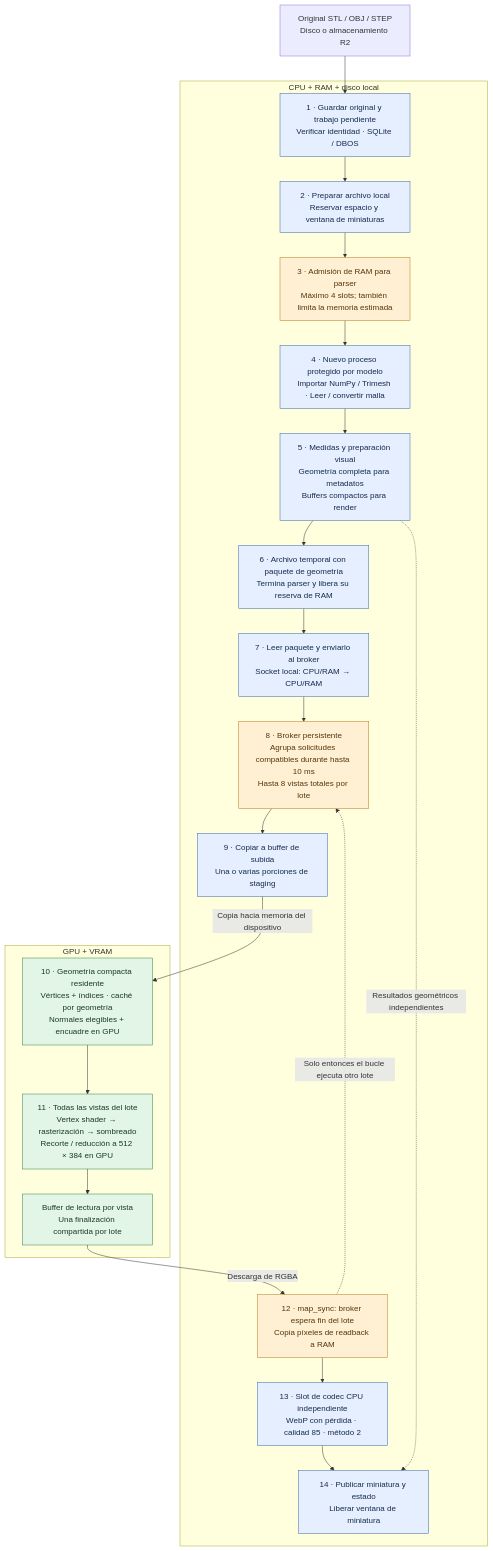
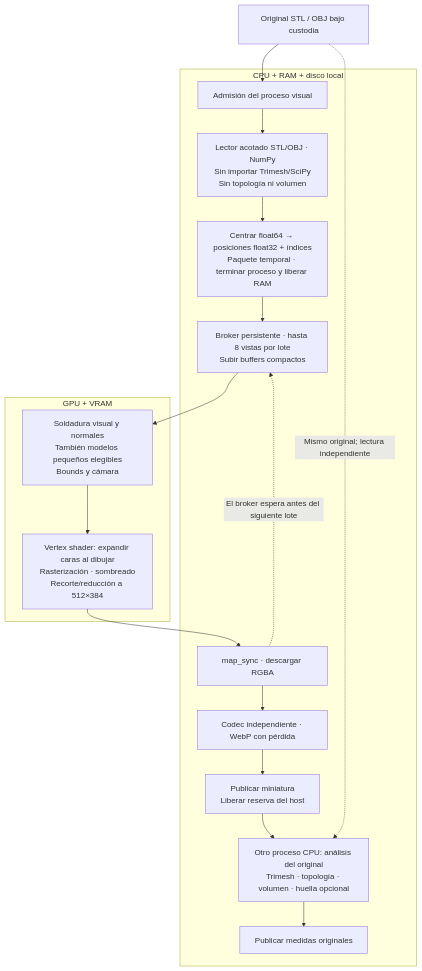
Before and after one commit to xiao-villamor/PrintStash: the first of 2 diagrams in docs/testing/compute-pipeline-explained.es.md, drawn with Mermaid. The commit also changed other lines of this file and 2 other files, not shown here.

Commit message:
Record independent preview paths and measured 250-model regression

````diff
--- a/docs/testing/compute-pipeline-explained.es.md
+++ b/docs/testing/compute-pipeline-explained.es.md
@@ -11,36 +11,23 @@
 ```mermaid
 flowchart TD
-    source["Original STL / OBJ / STEP<br/>Disco o almacenamiento R2"]
+    source["Original STL / OBJ bajo custodia"]
     subgraph host["CPU + RAM + disco local"]
-        ingest["1 · Guardar original y trabajo pendiente<br/>Verificar identidad · SQLite / DBOS"]
-        custody["2 · Preparar archivo local<br/>Reservar espacio y ventana de miniaturas"]
-        admit["3 · Admisión de RAM para parser<br/>Máximo 4 slots; también limita la memoria estimada"]
-        parser["4 · Nuevo proceso protegido por modelo<br/>Importar NumPy / Trimesh · Leer / convertir malla"]
-        facts["5 · Medidas y preparación visual<br/>Geometría completa para metadatos<br/>Buffers compactos para render"]
-        packet["6 · Archivo temporal con paquete de geometría<br/>Termina parser y libera su reserva de RAM"]
-        ipc["7 · Leer paquete y enviarlo al broker<br/>Socket local: CPU/RAM → CPU/RAM"]
-        broker["8 · Broker persistente<br/>Agrupa solicitudes compatibles durante hasta 10 ms<br/>Hasta 8 vistas totales por lote"]
-        stage["9 · Copiar a buffer de subida<br/>Una o varias porciones de staging"]
-        wait["12 · map_sync: broker espera fin del lote<br/>Copia píxeles de readback a RAM"]
-        codec["13 · Slot de codec CPU independiente<br/>WebP con pérdida · calidad 85 · método 2"]
-        publish["14 · Publicar miniatura y estado<br/>Liberar ventana de miniatura"]
+        admit["Admisión del proceso visual"]
+        parser["Lector acotado STL/OBJ · NumPy<br/>Sin importar Trimesh/SciPy<br/>Sin topología ni volumen"]
+        packet["Centrar float64 → posiciones float32 + índices<br/>Paquete temporal · terminar proceso y liberar RAM"]
+        broker["Broker persistente · hasta 8 vistas por lote<br/>Subir buffers compactos"]
+        wait["map_sync · descargar RGBA"]
+        codec["Codec independiente · WebP con pérdida"]
+        publish["Publicar miniatura<br/>Liberar reserva del host"]
+        analysis["Otro proceso CPU: análisis del original<br/>Trimesh · topología · volumen · huella opcional"]
+        metadata["Publicar medidas originales"]
     end
     subgraph device["GPU + VRAM"]
-        resident["10 · Geometría compacta residente<br/>Vértices + índices · caché por geometría<br/>Normales elegibles + encuadre en GPU"]
-        render["11 · Todas las vistas del lote<br/>Vertex shader → rasterización → sombreado<br/>Recorte / reducción a 512 × 384 en GPU"]
-        readback["Buffer de lectura por vista<br/>Una finalización compartida por lote"]
+        prepare["Soldadura visual y normales<br/>También modelos pequeños elegibles<br/>Bounds y cámara"]
+        render["Vertex shader: expandir caras al dibujar<br/>Rasterización · sombreado<br/>Recorte/reducción a 512×384"]
     end
-    source --> ingest --> custody --> admit --> parser --> facts --> packet --> ipc --> broker --> stage
-    stage -->|"Copia hacia memoria del dispositivo"| resident
-    resident --> render --> readback
-    readback -->|"Descarga de RGBA"| wait
-    wait --> codec --> publish
-    facts -.->|"Resultados geométricos independientes"| publish
-    wait -.->|"Solo entonces el bucle ejecuta otro lote"| broker
-    classDef cpu fill:#e5efff,stroke:#3867a8,color:#172b4d
-    classDef gpu fill:#e3f5e6,stroke:#308246,color:#173b22
-    classDef gate fill:#fff0d4,stroke:#b7791f,color:#56350b
-    class ingest,custody,parser,facts,packet,ipc,stage,codec,publish cpu
-    class resident,render,readback gpu
-    class admit,broker,wait gate
+    source --> admit --> parser --> packet --> broker --> prepare --> render --> wait
+    wait --> codec --> publish --> analysis --> metadata
+    source -.->|"Mismo original; lectura independiente"| analysis
+    wait -.->|"El broker espera antes del siguiente lote"| broker
 ```
````
